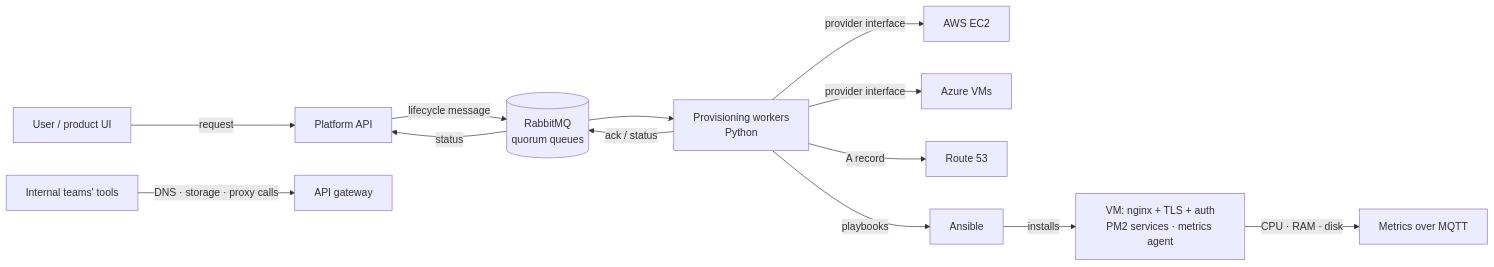
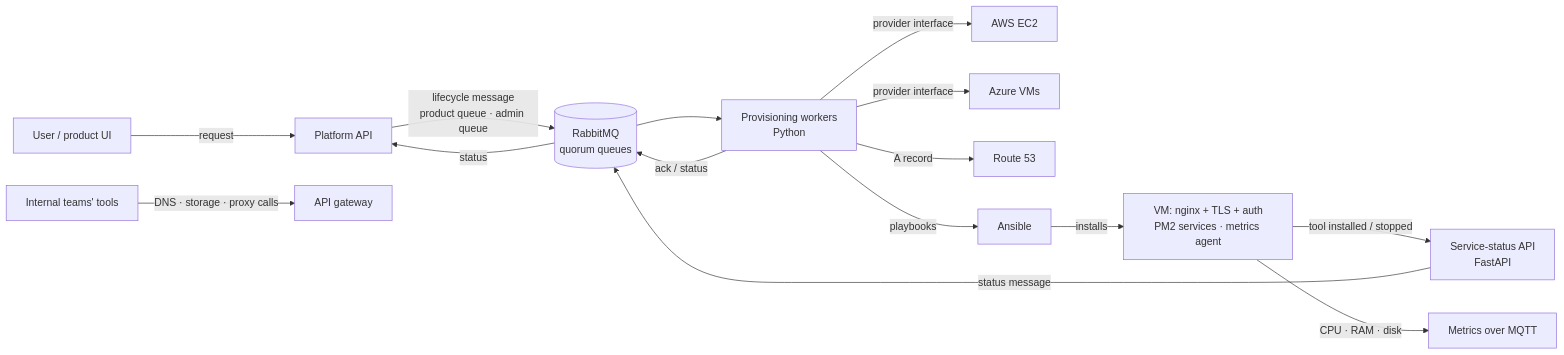
The diagram in README.md (swaroop002/event-driven-infra-provisioning-platform), drawn with Mermaid before and after one commit.

Commit message:
Write-up: architecture corrected against the real system

````diff
--- a/README.md
+++ b/README.md
@@ -32,15 +32,17 @@
 ```mermaid
 flowchart LR
     U[User / product UI] -->|request| API[Platform API]
     T[Internal teams' tools] -->|DNS · storage · proxy calls| GW[API gateway]
-    API -->|lifecycle message| MQ[(RabbitMQ<br/>quorum queues)]
+    API -->|lifecycle message<br/>product queue · admin queue| MQ[(RabbitMQ<br/>quorum queues)]
     MQ --> W[Provisioning workers<br/>Python]
     W -->|provider interface| AWS[AWS EC2]
     W -->|provider interface| AZ[Azure VMs]
     W -->|A record| R53[Route 53]
     W -->|playbooks| ANS[Ansible]
     ANS -->|installs| VM[VM: nginx + TLS + auth<br/>PM2 services · metrics agent]
+    VM -->|tool installed / stopped| ST[Service-status API<br/>FastAPI]
+    ST -->|status message| MQ
     W -->|ack / status| MQ
     MQ -->|status| API
     VM -->|CPU · RAM · disk| MON[Metrics over MQTT]
 ```
````
